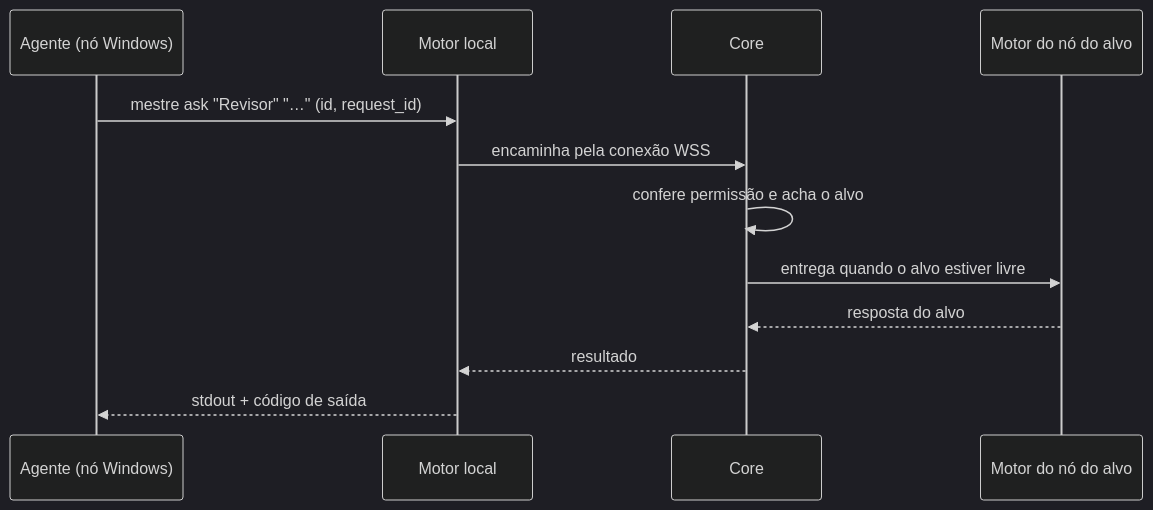
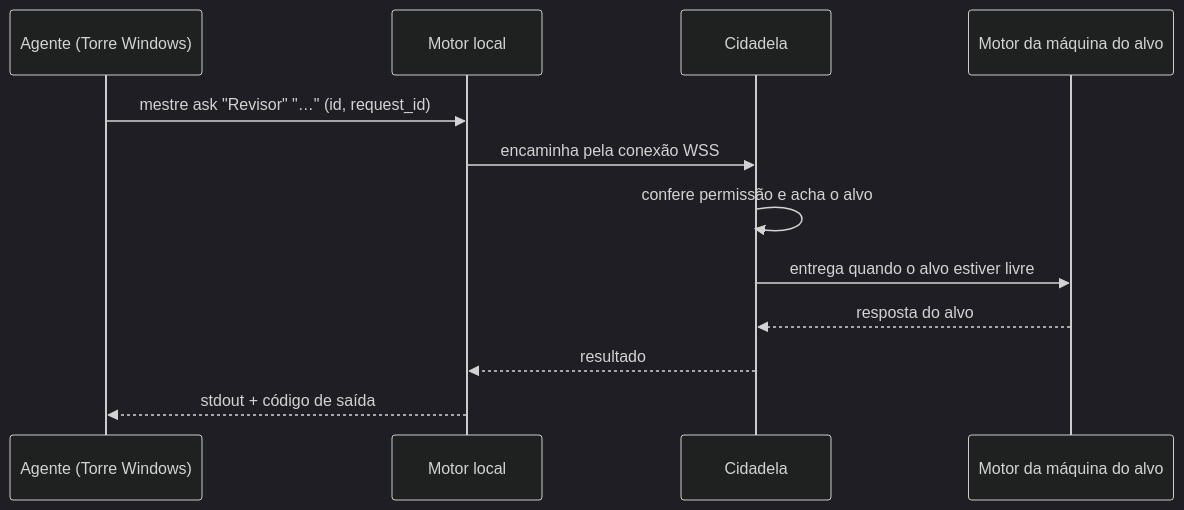
The diagram in docs/cli/convencoes.md (lucasndas/mestre), drawn with Mermaid (dark theme) before and after one commit. The commit also changed other lines of this file and 142 other files, not shown here.

````diff
--- a/docs/cli/convencoes.md
+++ b/docs/cli/convencoes.md
@@ -62,14 +62,14 @@
 ```mermaid
 sequenceDiagram
-  participant A as Agente (nó Windows)
+  participant A as Agente (Torre Windows)
   participant L as Motor local
-  participant C as Core
-  participant N as Motor do nó do alvo
+  participant C as Cidadela
+  participant N as Motor da máquina do alvo
   A->>L: mestre ask "Revisor" "…" (id, request_id)
   L->>C: encaminha pela conexão WSS
   C->>C: confere permissão e acha o alvo
   C->>N: entrega quando o alvo estiver livre
   N-->>C: resposta do alvo
   C-->>L: resultado
   L-->>A: stdout + código de saída
 ```
````
